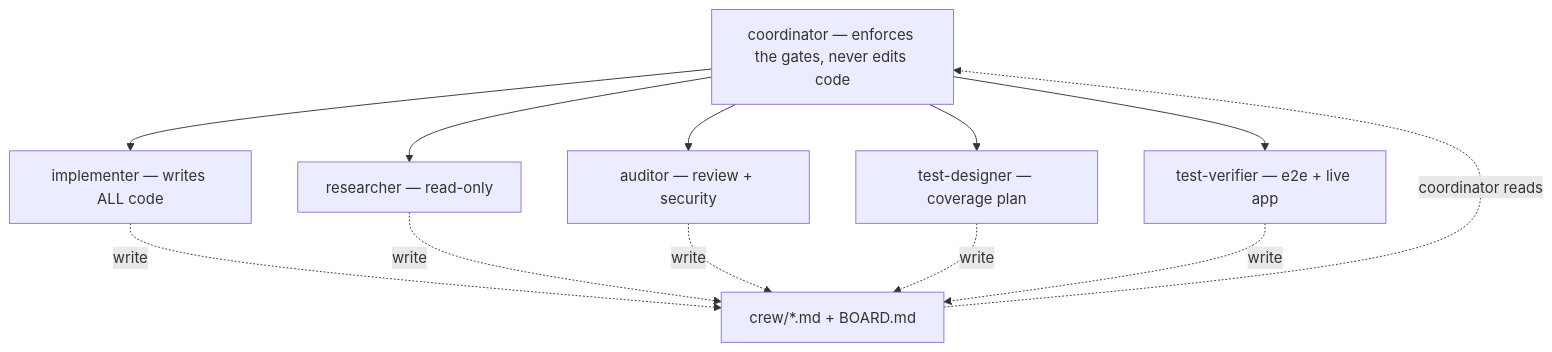
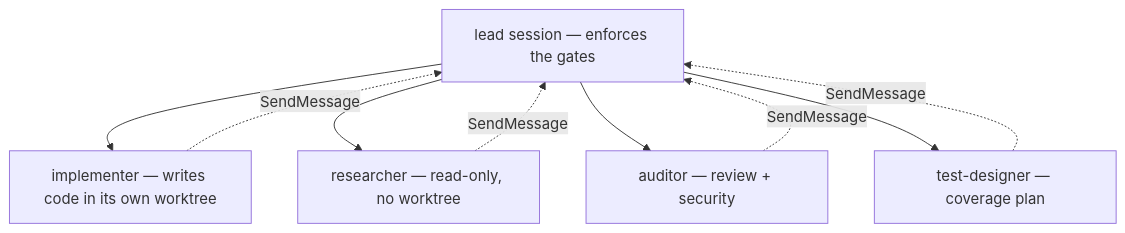
Diagram 11 of 15 in docs/OVERVIEW.md (HenriGeorge/AutoCue), drawn with Mermaid before and after one commit. The commit also changed other lines of this file and 60 other files, not shown here.

````diff
--- a/docs/OVERVIEW.md
+++ b/docs/OVERVIEW.md
@@ -214,11 +224,9 @@
 ```mermaid
 flowchart TD
-    CO["coordinator — enforces the gates, never edits code"]
-    CO --> IM["implementer — writes ALL code"]
-    CO --> RE["researcher — read-only"]
+    CO["lead session — enforces the gates"]
+    CO --> IM["implementer — writes code in its own worktree"]
+    CO --> RE["researcher — read-only, no worktree"]
     CO --> AU["auditor — review + security"]
     CO --> TD["test-designer — coverage plan"]
-    CO --> TV["test-verifier — e2e + live app"]
-    IM & RE & AU & TD & TV -. write .-> BUS["crew/*.md + BOARD.md"]
-    BUS -. coordinator reads .-> CO
+    IM & RE & AU & TD -. SendMessage .-> CO
 ```
````
